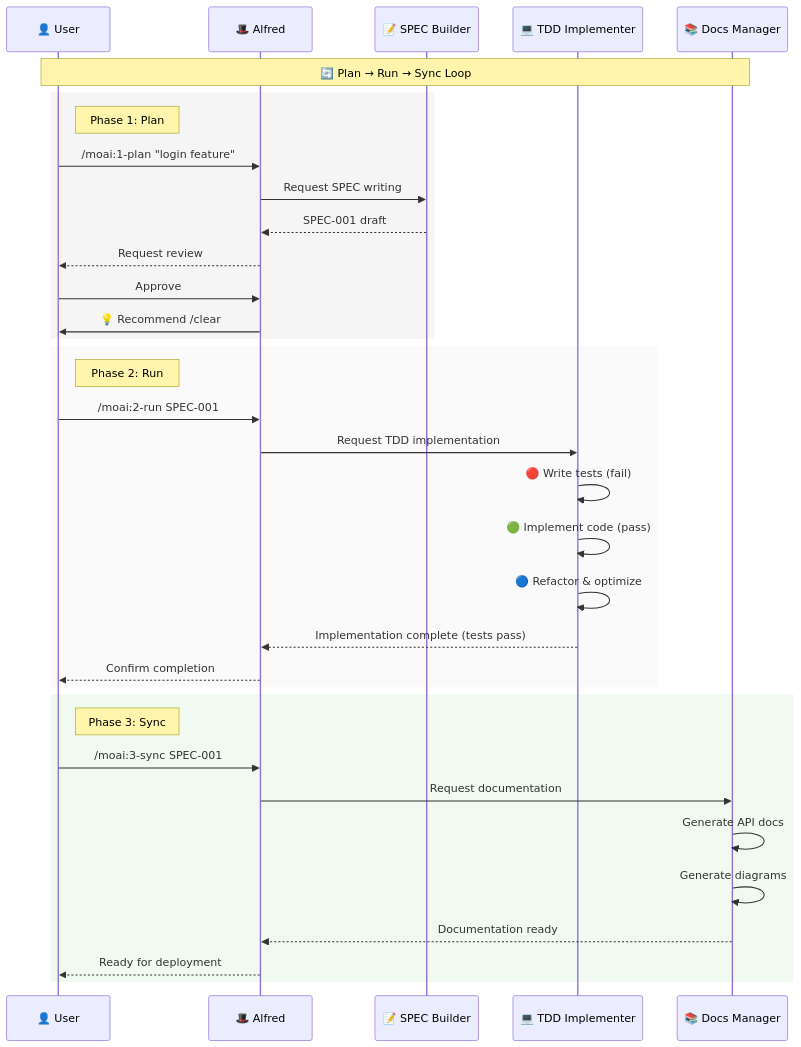
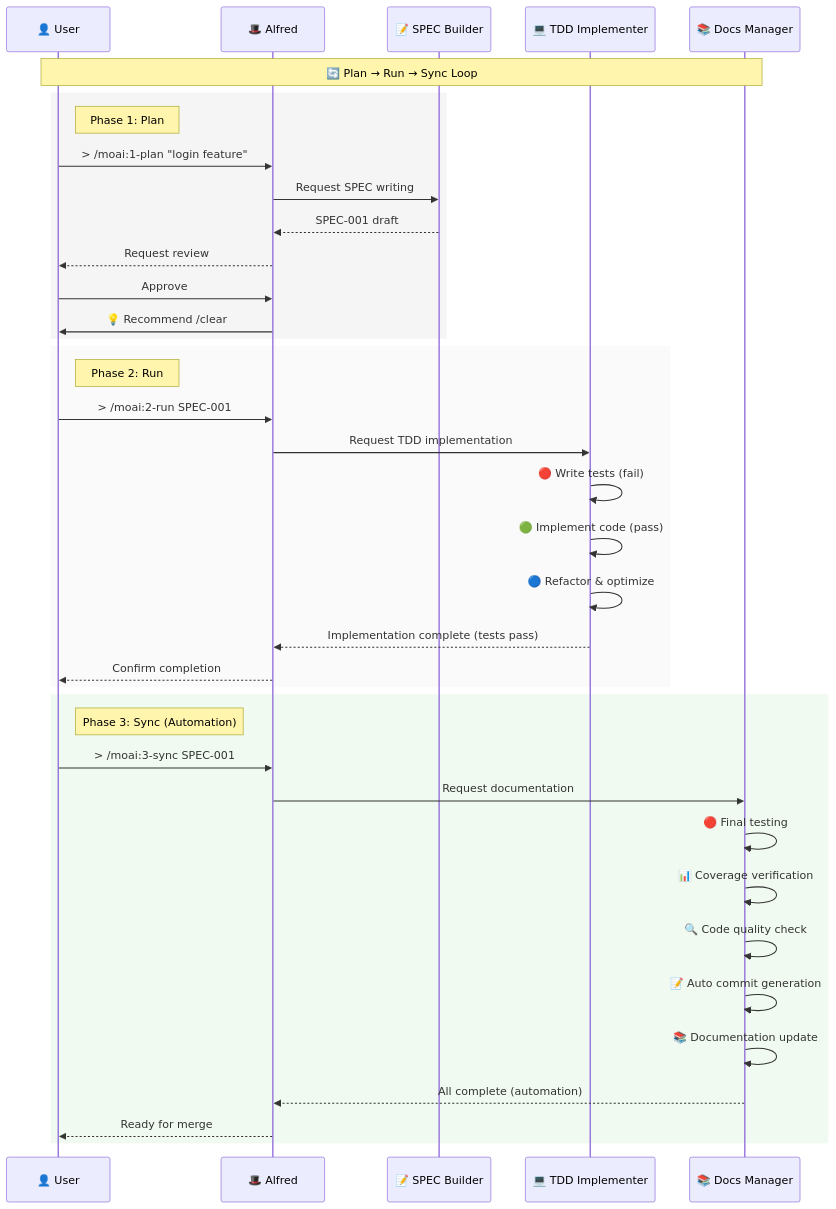
Before and after one commit to modu-ai/moai-adk: the second of 5 diagrams in README.md, drawn with Mermaid. The commit also changed other lines of this file and 20 other files, not shown here.

````diff
--- a/README.md
+++ b/README.md
@@ -439,41 +439,44 @@
 ```mermaid
 sequenceDiagram
     participant U as 👤 User
     participant A as 🎩 Alfred
     participant S as 📝 SPEC Builder
     participant T as 💻 TDD Implementer
     participant D as 📚 Docs Manager
 
     Note over U,D: 🔄 Plan → Run → Sync Loop
 
     rect rgb(245, 245, 245)
         Note right of U: Phase 1: Plan
-        U->>A: /moai:1-plan "login feature"
+        U->>A: > /moai:1-plan "login feature"
         A->>S: Request SPEC writing
         S-->>A: SPEC-001 draft
         A-->>U: Request review
         U->>A: Approve
         A->>U: 💡 Recommend /clear
     end
 
     rect rgb(250, 250, 250)
         Note right of U: Phase 2: Run
-        U->>A: /moai:2-run SPEC-001
+        U->>A: > /moai:2-run SPEC-001
         A->>T: Request TDD implementation
         T->>T: 🔴 Write tests (fail)
         T->>T: 🟢 Implement code (pass)
         T->>T: 🔵 Refactor & optimize
         T-->>A: Implementation complete (tests pass)
         A-->>U: Confirm completion
     end
 
     rect rgb(240, 250, 240)
-        Note right of U: Phase 3: Sync
-        U->>A: /moai:3-sync SPEC-001
+        Note right of U: Phase 3: Sync (Automation)
+        U->>A: > /moai:3-sync SPEC-001
         A->>D: Request documentation
-        D->>D: Generate API docs
-        D->>D: Generate diagrams
-        D-->>A: Documentation ready
-        A-->>U: Ready for deployment
+        D->>D: 🔴 Final testing
+        D->>D: 📊 Coverage verification
+        D->>D: 🔍 Code quality check
+        D->>D: 📝 Auto commit generation
+        D->>D: 📚 Documentation update
+        D-->>A: All complete (automation)
+        A-->>U: Ready for merge
     end
 ```
````
